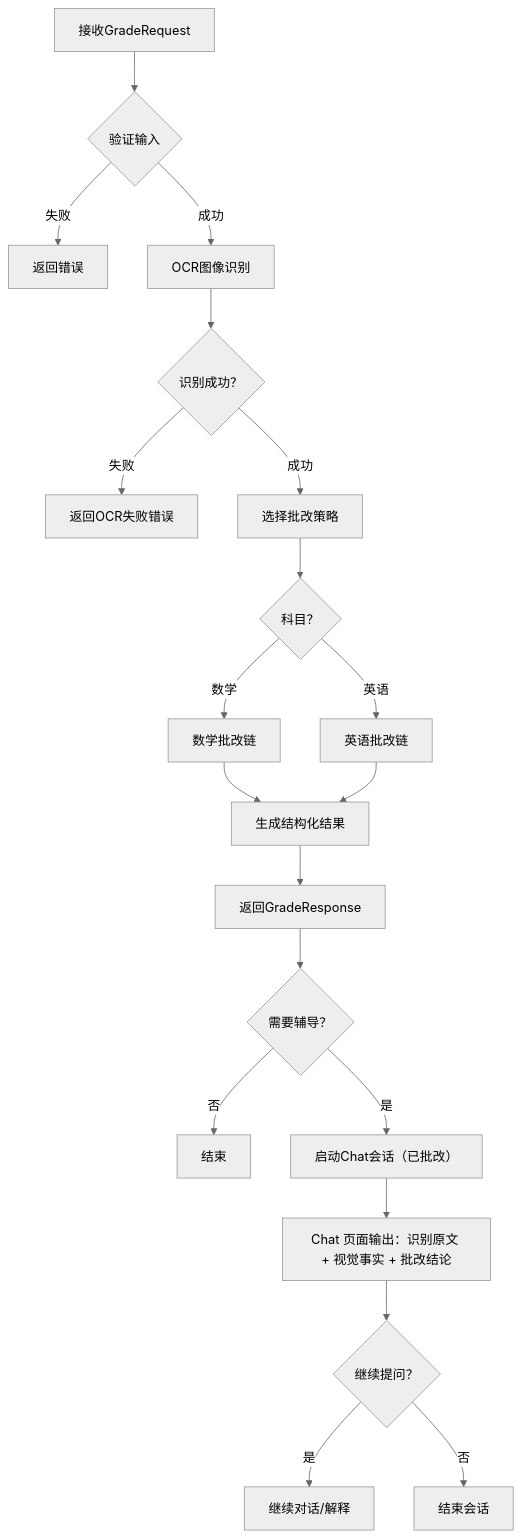
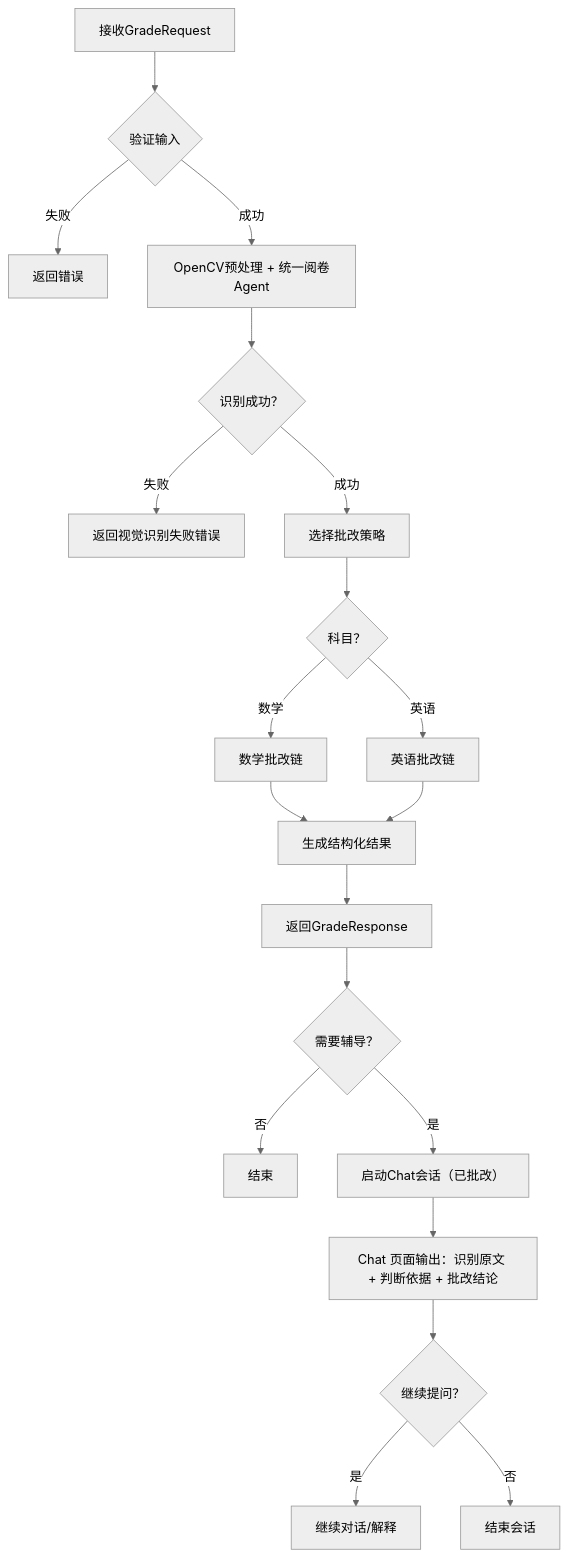
The diagram in agent_sop.md (frank28mm/noteacher), drawn with Mermaid (neutral theme) before and after one commit. The commit also changed other lines of this file and 45 other files, not shown here.

````diff
--- a/agent_sop.md
+++ b/agent_sop.md
@@ -65,22 +65,22 @@
 ```mermaid
 graph TD
     A[接收GradeRequest] --> B{验证输入}
     B -->|失败| C[返回错误]
-    B -->|成功| D[OCR图像识别]
+    B -->|成功| D[OpenCV预处理 + 统一阅卷Agent]
     D --> E{识别成功？}
-    E -->|失败| F[返回OCR失败错误]
+    E -->|失败| F[返回视觉识别失败错误]
     E -->|成功| G[选择批改策略]
     G --> H{科目？}
     H -->|数学| I[数学批改链]
     H -->|英语| J[英语批改链]
     I --> K[生成结构化结果]
     J --> K
     K --> L[返回GradeResponse]
     L --> M{需要辅导？}
     M -->|否| N[结束]
     M -->|是| O[启动Chat会话（已批改）]
-    O --> P[Chat 页面输出：识别原文 + 视觉事实 + 批改结论]
+    O --> P[Chat 页面输出：识别原文 + 判断依据 + 批改结论]
     P --> Q{继续提问？}
     Q -->|是| R[继续对话/解释]
     Q -->|否| S[结束会话]
 ```
````
